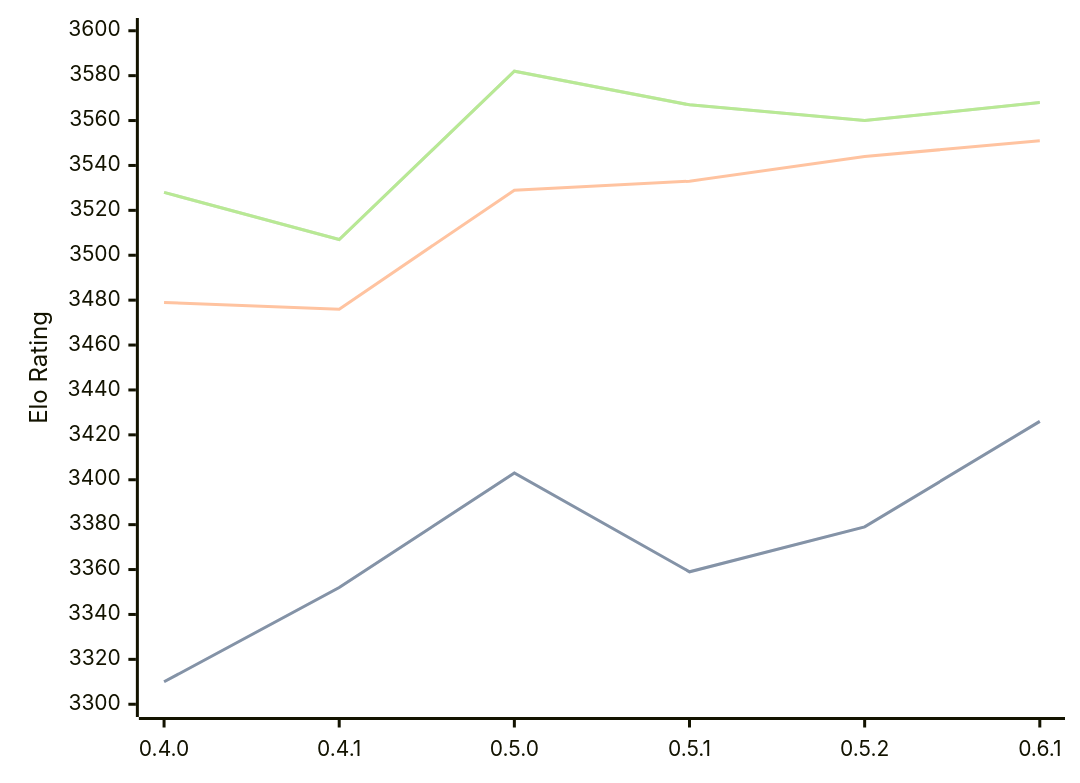
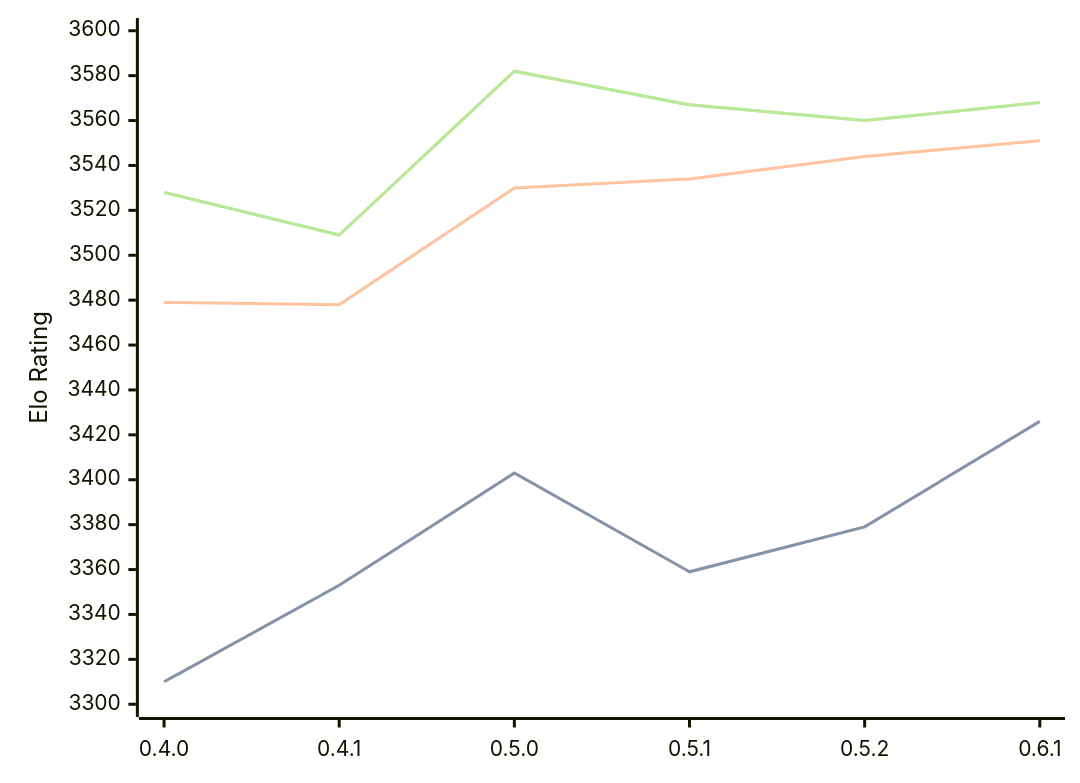
Before and after one commit to computer-chess-index/cci: the diagram in engines/Cinder.md, drawn with Mermaid. The commit also changed other lines of this file, not shown here.

Commit message:
Update CCI Ratings (ELO VLTC) - 2026-08-29

````diff
--- a/engines/Cinder.md
+++ b/engines/Cinder.md
@@ -37,11 +37,11 @@
 ```mermaid
 %%{init: {"theme":"base","themeVariables":{"seriesColors:['#a3a3a3','#222221','#faa371']}}}%%
 xychart-beta
   x-axis ["0.4.0", "0.4.1", "0.5.0", "0.5.1", "0.5.2", "0.6.1"]
   y-axis "Elo Rating" 3300 --> 3600
-  line "" [3310, 3352, 3403, 3359, 3379, 3426]
-  line "STC (8.0+0.08s)" [3310, 3352, 3403, 3359, 3379, 3426]
-  line "LTC (60.0+0.60s)" [3479, 3476, 3529, 3533, 3544, 3551]
-  line "" [3528, 3507, 3582, 3567, 3560, 3568]
-  line "VLTC (2m24s+1.12s)" [3528, 3507, 3582, 3567, 3560, 3568]
+  line "" [3310, 3353, 3403, 3359, 3379, 3426]
+  line "STC (8.0+0.08s)" [3310, 3353, 3403, 3359, 3379, 3426]
+  line "LTC (60.0+0.60s)" [3479, 3478, 3530, 3534, 3544, 3551]
+  line "" [3528, 3509, 3582, 3567, 3560, 3568]
+  line "VLTC (2m24s+1.12s)" [3528, 3509, 3582, 3567, 3560, 3568]
 ```
````
